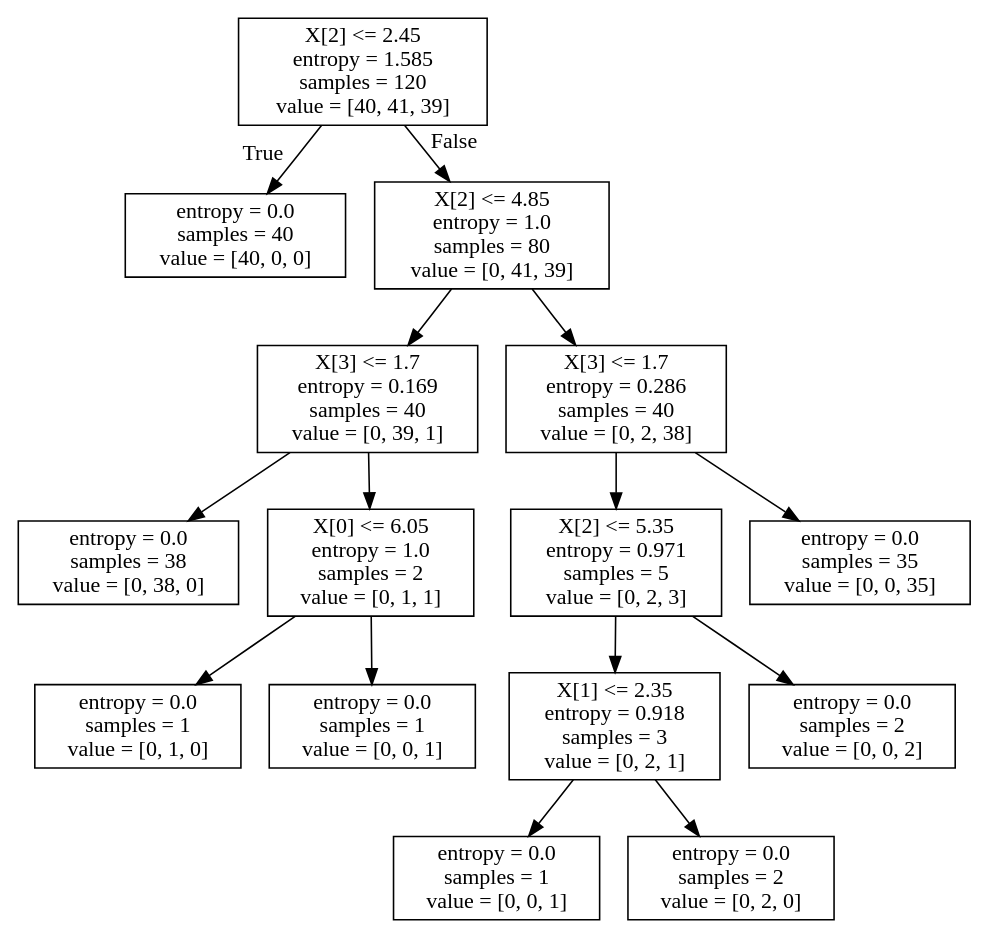
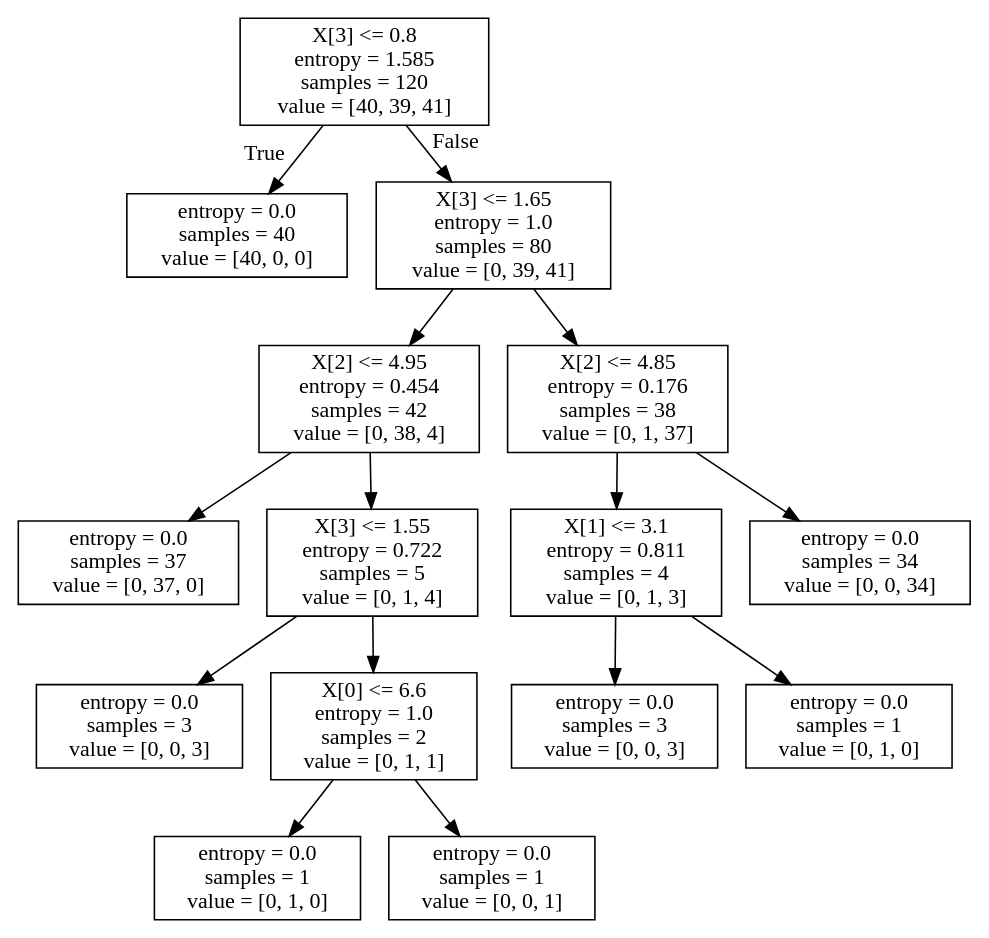
Before and after one commit to QuangNamVu/ML_181: the diagram in img/Iris_Decision_Tree_sklean.dot, drawn with Graphviz. The commit also changed 17 other files, not shown here.

```diff
--- a/img/Iris_Decision_Tree_sklean.dot
+++ b/img/Iris_Decision_Tree_sklean.dot
@@ -1,32 +1,32 @@
 digraph Tree {
 node [shape=box] ;
-0 [label="X[2] <= 2.45\nentropy = 1.585\nsamples = 120\nvalue = [40, 41, 39]"] ;
+0 [label="X[3] <= 0.8\nentropy = 1.585\nsamples = 120\nvalue = [40, 39, 41]"] ;
 1 [label="entropy = 0.0\nsamples = 40\nvalue = [40, 0, 0]"] ;
 0 -> 1 [labeldistance=2.5, labelangle=45, headlabel="True"] ;
-2 [label="X[2] <= 4.85\nentropy = 1.0\nsamples = 80\nvalue = [0, 41, 39]"] ;
+2 [label="X[3] <= 1.65\nentropy = 1.0\nsamples = 80\nvalue = [0, 39, 41]"] ;
 0 -> 2 [labeldistance=2.5, labelangle=-45, headlabel="False"] ;
-3 [label="X[3] <= 1.7\nentropy = 0.169\nsamples = 40\nvalue = [0, 39, 1]"] ;
+3 [label="X[2] <= 4.95\nentropy = 0.454\nsamples = 42\nvalue = [0, 38, 4]"] ;
 2 -> 3 ;
-4 [label="entropy = 0.0\nsamples = 38\nvalue = [0, 38, 0]"] ;
+4 [label="entropy = 0.0\nsamples = 37\nvalue = [0, 37, 0]"] ;
 3 -> 4 ;
-5 [label="X[0] <= 6.05\nentropy = 1.0\nsamples = 2\nvalue = [0, 1, 1]"] ;
+5 [label="X[3] <= 1.55\nentropy = 0.722\nsamples = 5\nvalue = [0, 1, 4]"] ;
 3 -> 5 ;
-6 [label="entropy = 0.0\nsamples = 1\nvalue = [0, 1, 0]"] ;
+6 [label="entropy = 0.0\nsamples = 3\nvalue = [0, 0, 3]"] ;
 5 -> 6 ;
-7 [label="entropy = 0.0\nsamples = 1\nvalue = [0, 0, 1]"] ;
+7 [label="X[0] <= 6.6\nentropy = 1.0\nsamples = 2\nvalue = [0, 1, 1]"] ;
 5 -> 7 ;
-8 [label="X[3] <= 1.7\nentropy = 0.286\nsamples = 40\nvalue = [0, 2, 38]"] ;
-2 -> 8 ;
-9 [label="X[2] <= 5.35\nentropy = 0.971\nsamples = 5\nvalue = [0, 2, 3]"] ;
-8 -> 9 ;
-10 [label="X[1] <= 2.35\nentropy = 0.918\nsamples = 3\nvalue = [0, 2, 1]"] ;
-9 -> 10 ;
-11 [label="entropy = 0.0\nsamples = 1\nvalue = [0, 0, 1]"] ;
+8 [label="entropy = 0.0\nsamples = 1\nvalue = [0, 1, 0]"] ;
+7 -> 8 ;
+9 [label="entropy = 0.0\nsamples = 1\nvalue = [0, 0, 1]"] ;
+7 -> 9 ;
+10 [label="X[2] <= 4.85\nentropy = 0.176\nsamples = 38\nvalue = [0, 1, 37]"] ;
+2 -> 10 ;
+11 [label="X[1] <= 3.1\nentropy = 0.811\nsamples = 4\nvalue = [0, 1, 3]"] ;
 10 -> 11 ;
-12 [label="entropy = 0.0\nsamples = 2\nvalue = [0, 2, 0]"] ;
-10 -> 12 ;
-13 [label="entropy = 0.0\nsamples = 2\nvalue = [0, 0, 2]"] ;
-9 -> 13 ;
-14 [label="entropy = 0.0\nsamples = 35\nvalue = [0, 0, 35]"] ;
-8 -> 14 ;
+12 [label="entropy = 0.0\nsamples = 3\nvalue = [0, 0, 3]"] ;
+11 -> 12 ;
+13 [label="entropy = 0.0\nsamples = 1\nvalue = [0, 1, 0]"] ;
+11 -> 13 ;
+14 [label="entropy = 0.0\nsamples = 34\nvalue = [0, 0, 34]"] ;
+10 -> 14 ;
 }
```
